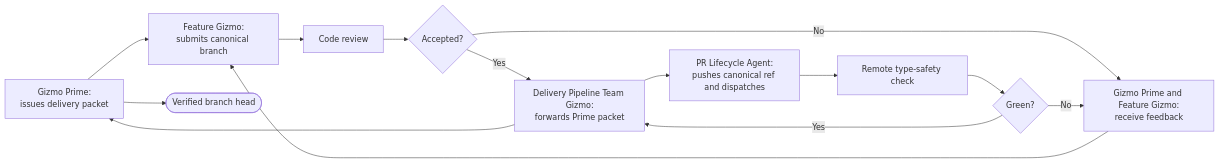
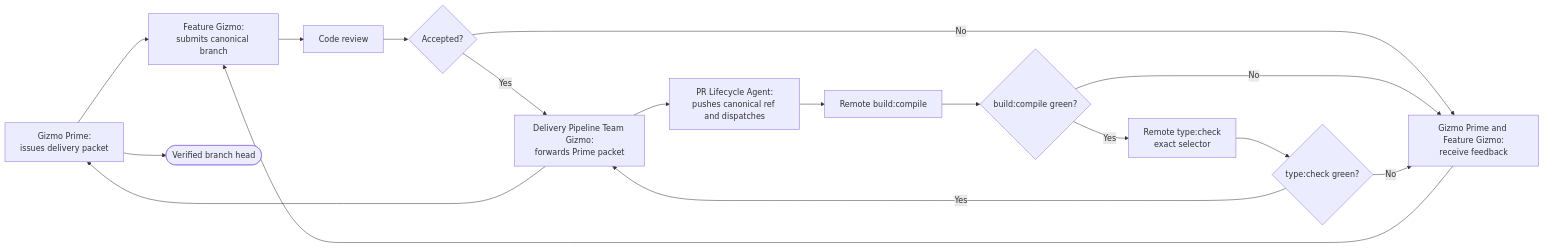
The sixth of 13 diagrams in .cortex/gizmo-prime/architecture/multiagent-delivery-diagrams.md (meta-secret/nook), drawn with Mermaid before and after one commit. The commit also changed other lines of this file and 3 other files, not shown here.

Commit message:
docs: define remote type-check evidence contract

````diff
--- a/.cortex/gizmo-prime/architecture/multiagent-delivery-diagrams.md
+++ b/.cortex/gizmo-prime/architecture/multiagent-delivery-diagrams.md
@@ -313,19 +329,23 @@
 ```mermaid
 flowchart LR
     Prime["Gizmo Prime:<br/>issues delivery packet"]
     Gizmo["Feature Gizmo:<br/>submits canonical branch"]
     Review["Code review"]
     Accepted{"Accepted?"}
-    TypeSafety["Remote type-safety check"]
-    Green{"Green?"}
+    Build["Remote build:compile"]
+    BuildGreen{"build:compile green?"}
+    TypeCheck["Remote type:check<br/>exact selector"]
+    Green{"type:check green?"}
     Pipeline["Delivery Pipeline Team Gizmo:<br/>forwards Prime packet"]
     Steward["PR Lifecycle Agent:<br/>pushes canonical ref and dispatches"]
     Feedback["Gizmo Prime and Feature Gizmo:<br/>receive feedback"]
     Ready([Verified branch head])
 
     Prime --> Gizmo --> Review --> Accepted
     Accepted -- No --> Feedback --> Gizmo
-    Accepted -- Yes --> Pipeline --> Steward --> TypeSafety --> Green
+    Accepted -- Yes --> Pipeline --> Steward --> Build --> BuildGreen
+    BuildGreen -- No --> Feedback
+    BuildGreen -- Yes --> TypeCheck --> Green
     Green -- No --> Feedback
     Green -- Yes --> Pipeline --> Prime --> Ready
 ```
````
